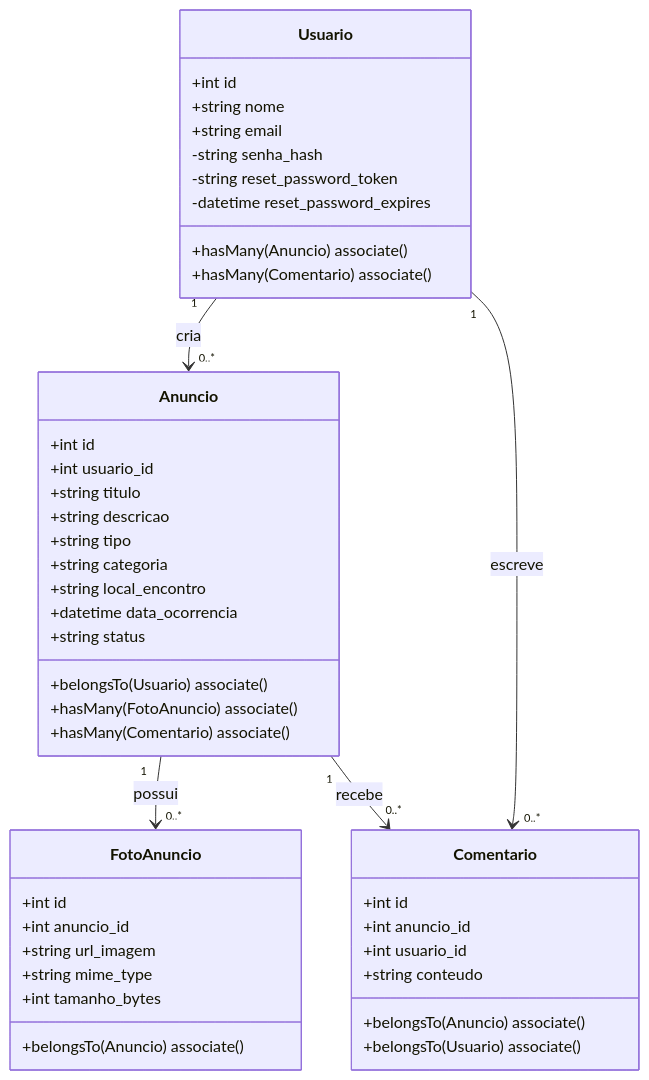
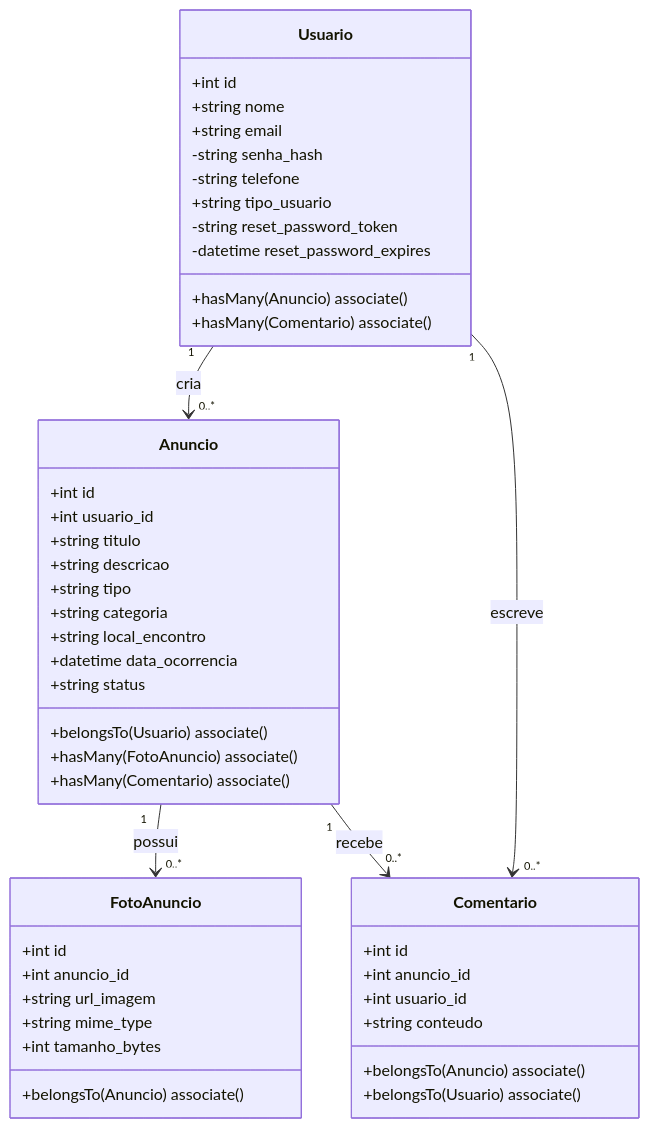
One commit to Matheus-Castro-Paula/Radar-UFLA changed the fourth of 6 diagrams in docs/modelagem/modelagem.md. Above: the diagram before and after it, drawn with Mermaid. The commit also changed other lines of this file and 5 other files, not shown here.

````diff
--- a/docs/modelagem/modelagem.md
+++ b/docs/modelagem/modelagem.md
@@ -219,48 +222,50 @@
 ```mermaid
 classDiagram
     class Usuario {
         +int id
         +string nome
         +string email
         -string senha_hash
+        -string telefone
+        +string tipo_usuario
         -string reset_password_token
         -datetime reset_password_expires
         +hasMany(Anuncio) associate()
         +hasMany(Comentario) associate()
     }
     class Anuncio {
         +int id
         +int usuario_id
         +string titulo
         +string descricao
         +string tipo
         +string categoria
         +string local_encontro
         +datetime data_ocorrencia
         +string status
         +belongsTo(Usuario) associate()
         +hasMany(FotoAnuncio) associate()
         +hasMany(Comentario) associate()
     }
     class FotoAnuncio {
         +int id
         +int anuncio_id
         +string url_imagem
         +string mime_type
         +int tamanho_bytes
         +belongsTo(Anuncio) associate()
     }
     class Comentario {
         +int id
         +int anuncio_id
         +int usuario_id
         +string conteudo
         +belongsTo(Anuncio) associate()
         +belongsTo(Usuario) associate()
     }
 
     Usuario "1" --> "0..*" Anuncio : cria
     Usuario "1" --> "0..*" Comentario : escreve
     Anuncio "1" --> "0..*" FotoAnuncio : possui
     Anuncio "1" --> "0..*" Comentario : recebe
 ```
````
